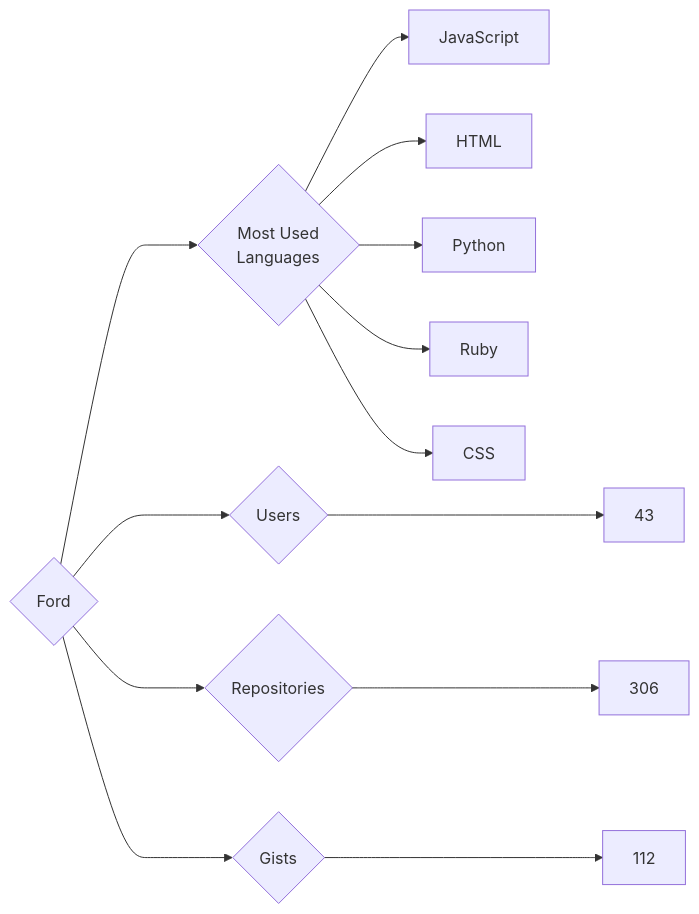
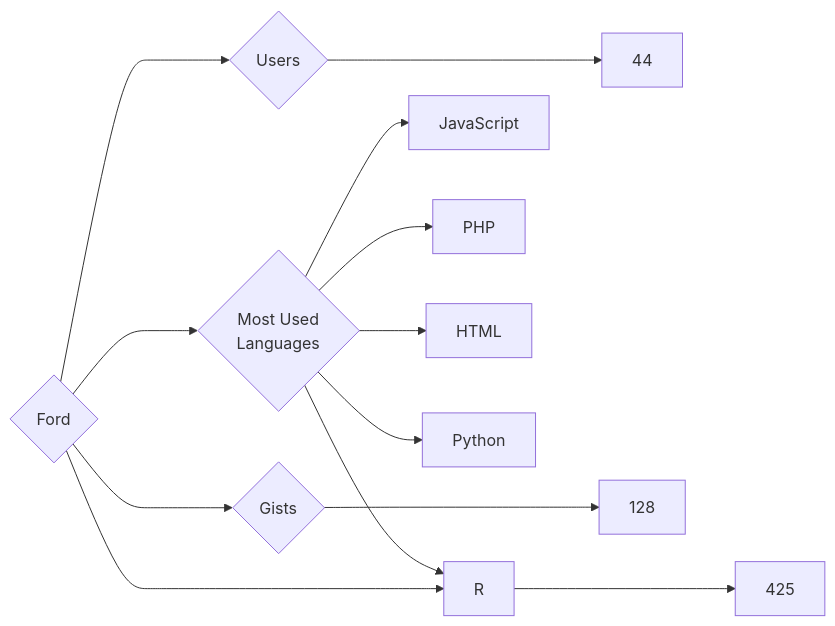
One commit to trickest/insiders changed the diagram in targets/Ford/README.md. Above: the diagram before and after it, drawn with Mermaid. The commit also changed 814 other files, not shown here.

````diff
--- a/targets/Ford/README.md
+++ b/targets/Ford/README.md
@@ -3,13 +3,13 @@
 ```mermaid
 graph LR
 COMPANY_NAME{Ford}
-COMPANY_NAME ---> U{Users} ---> UN[43]
-COMPANY_NAME ---> R{Repositories} ---> RN[306]
-COMPANY_NAME ---> G{Gists} ---> GN[112]
+COMPANY_NAME ---> U{Users} ---> UN[44]
+COMPANY_NAME ---> R{Repositories} ---> RN[425]
+COMPANY_NAME ---> G{Gists} ---> GN[128]
 COMPANY_NAME ---> ML{Most Used<br>Languages}
 ML --> JavaScript[JavaScript]
+ML --> PHP[PHP]
 ML --> HTML[HTML]
 ML --> Python[Python]
-ML --> Ruby[Ruby]
-ML --> CSS[CSS]
+ML --> R[R]
 ```
````
